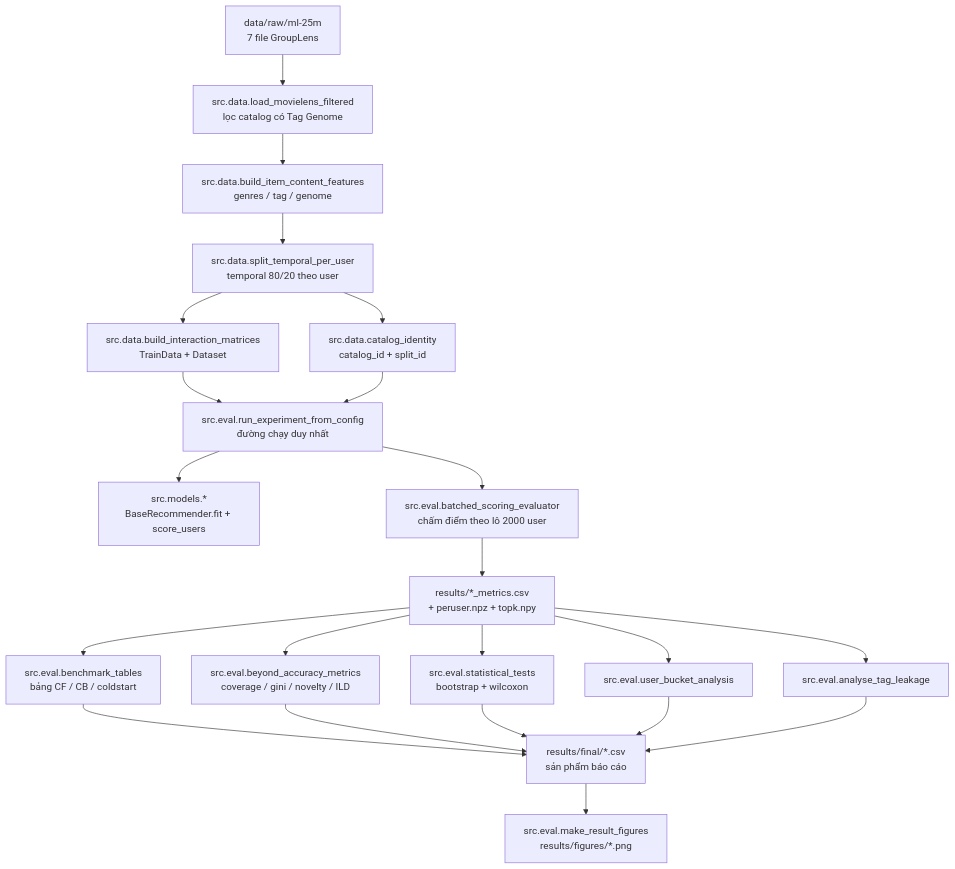
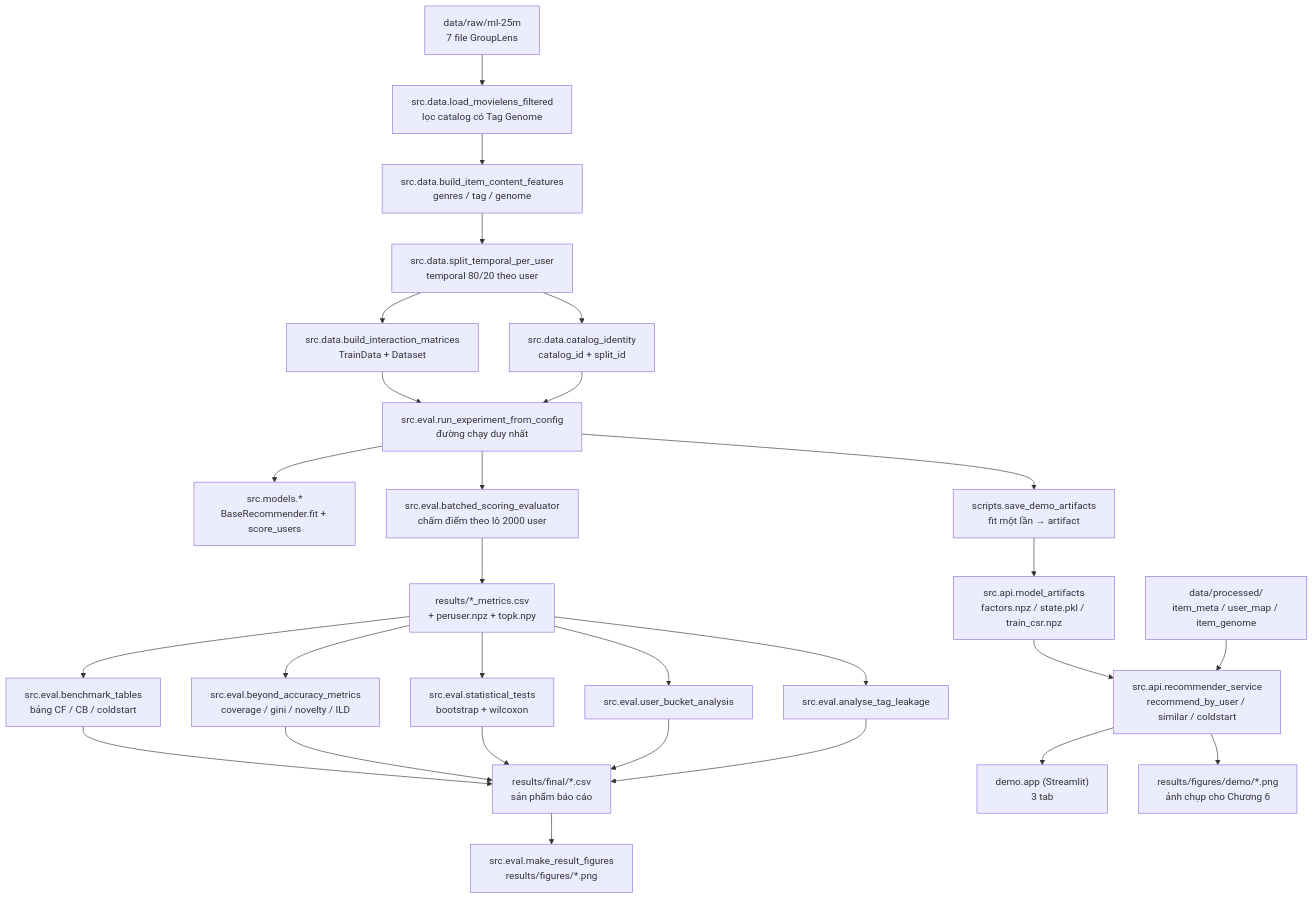
The first of 2 diagrams in docs/system-architecture.md (NgHuy-akaSteph/RecommendationSystem), drawn with Mermaid before and after one commit. The commit also changed other lines of this file and 35 other files, not shown here.

````diff
--- a/docs/system-architecture.md
+++ b/docs/system-architecture.md
@@ -12,28 +12,35 @@
 ```mermaid
 flowchart TD
     raw["data/raw/ml-25m<br/>7 file GroupLens"] --> load["src.data.load_movielens_filtered<br/>lọc catalog có Tag Genome"]
     load --> feat["src.data.build_item_content_features<br/>genres / tag / genome"]
     feat --> split["src.data.split_temporal_per_user<br/>temporal 80/20 theo user"]
     split --> ids["src.data.catalog_identity<br/>catalog_id + split_id"]
 
     split --> matrices["src.data.build_interaction_matrices<br/>TrainData + Dataset"]
     matrices --> runner["src.eval.run_experiment_from_config<br/>đường chạy duy nhất"]
     ids --> runner
 
     runner --> model["src.models.*<br/>BaseRecommender.fit + score_users"]
     runner --> eval["src.eval.batched_scoring_evaluator<br/>chấm điểm theo lô 2000 user"]
     eval --> metrics["results/*_metrics.csv<br/>+ peruser.npz + topk.npy"]
 
     metrics --> bench["src.eval.benchmark_tables<br/>bảng CF / CB / coldstart"]
     metrics --> beyond["src.eval.beyond_accuracy_metrics<br/>coverage / gini / novelty / ILD"]
     metrics --> stat["src.eval.statistical_tests<br/>bootstrap + wilcoxon"]
     metrics --> buckets["src.eval.user_bucket_analysis"]
     metrics --> leakage["src.eval.analyse_tag_leakage"]
 
     bench --> final["results/final/*.csv<br/>sản phẩm báo cáo"]
     beyond --> final
     stat --> final
     buckets --> final
     leakage --> final
     final --> fig["src.eval.make_result_figures<br/>results/figures/*.png"]
+
+    runner --> saveart["scripts.save_demo_artifacts<br/>fit một lần → artifact"]
+    saveart --> api["src.api.model_artifacts<br/>factors.npz / state.pkl / train_csr.npz"]
+    api --> service["src.api.recommender_service<br/>recommend_by_user / similar / coldstart"]
+    processed["data/processed/<br/>item_meta / user_map / item_genome"] --> service
+    service --> demo["demo.app (Streamlit)<br/>3 tab"]
+    service --> demoimg["results/figures/demo/*.png<br/>ảnh chụp cho Chương 6"]
 ```
````
